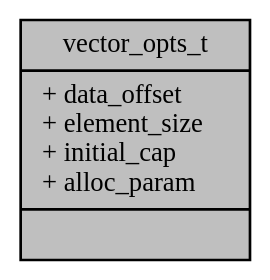
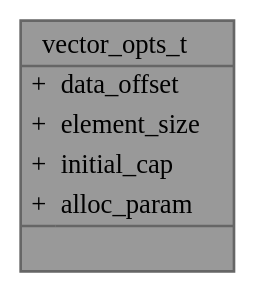
The diagram in docs/structvector__opts__t__coll__graph.dot (evjeesm/vector), drawn with Graphviz before and after one commit. The commit also changed 166 other files, not shown here.

```diff
--- a/docs/structvector__opts__t__coll__graph.dot
+++ b/docs/structvector__opts__t__coll__graph.dot
@@ -1,9 +1,18 @@
 digraph "vector_opts_t"
 {
  // INTERACTIVE_SVG=YES
  // LATEX_PDF_SIZE
   bgcolor="transparent";
-  edge [fontname="Mononoki",fontsize="10",labelfontname="Mononoki",labelfontsize="10"];
-  node [fontname="Mononoki",fontsize="10",shape=record];
-  Node1 [label="{vector_opts_t\n|+ data_offset\l+ element_size\l+ initial_cap\l+ alloc_param\l|}",height=0.2,width=0.4,color="black", fillcolor="grey75", style="filled", fontcolor="black",tooltip="Vector options."];
+  edge [fontname=Mononoki,fontsize=10,labelfontname=Mononoki,labelfontsize=10];
+  node [fontname=Mononoki,fontsize=10,shape=box,height=0.2,width=0.4];
+  Node1 [id="Node000001",shape=plain,label=<<TABLE CELLBORDER="0" BORDER="1"><TR><TD COLSPAN="2" CELLPADDING="1" CELLSPACING="0">vector_opts_t</TD></TR>
+<HR/>
+<TR><TD VALIGN="top" CELLPADDING="1" CELLSPACING="0">+</TD><TD VALIGN="top" ALIGN="LEFT" CELLPADDING="1" CELLSPACING="0">data_offset<BR ALIGN="LEFT"/></TD></TR>
+<TR><TD VALIGN="top" CELLPADDING="1" CELLSPACING="0">+</TD><TD VALIGN="top" ALIGN="LEFT" CELLPADDING="1" CELLSPACING="0">element_size<BR ALIGN="LEFT"/></TD></TR>
+<TR><TD VALIGN="top" CELLPADDING="1" CELLSPACING="0">+</TD><TD VALIGN="top" ALIGN="LEFT" CELLPADDING="1" CELLSPACING="0">initial_cap<BR ALIGN="LEFT"/></TD></TR>
+<TR><TD VALIGN="top" CELLPADDING="1" CELLSPACING="0">+</TD><TD VALIGN="top" ALIGN="LEFT" CELLPADDING="1" CELLSPACING="0">alloc_param<BR ALIGN="LEFT"/></TD></TR>
+<HR/>
+<TR><TD COLSPAN="2" CELLPADDING="1" CELLSPACING="0">&nbsp;</TD></TR>
+</TABLE>>
+,height=0.2,width=0.4,color="gray40", fillcolor="grey60", style="filled", fontcolor="black",tooltip="Vector options."];
 }
```
